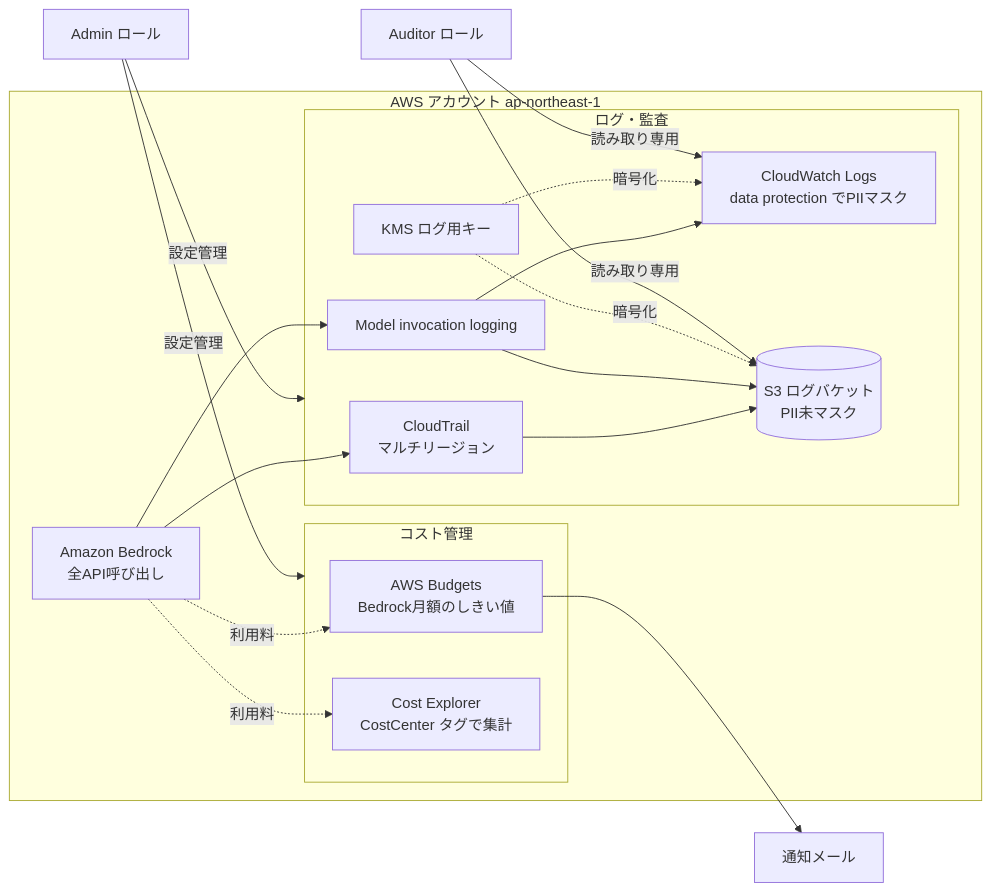
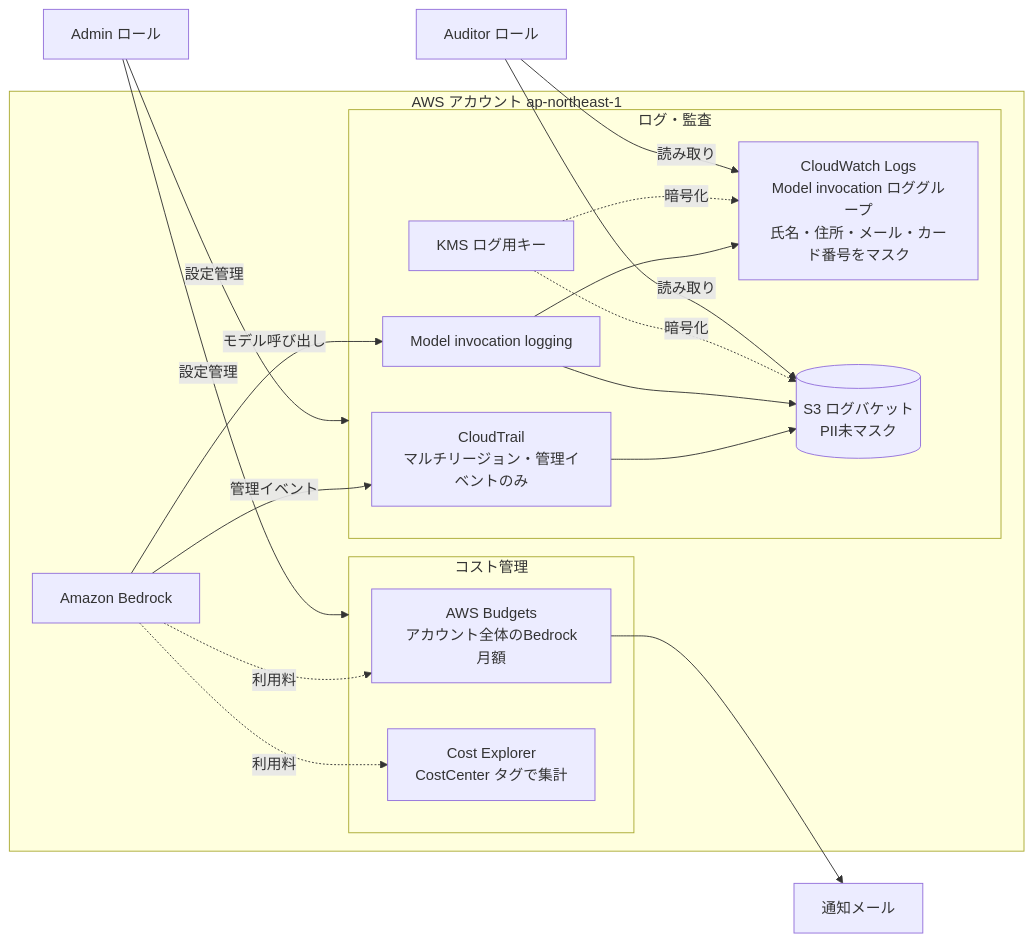
One commit to poco-poco-takyafumin/aws-try-bedrock changed the second of 2 diagrams in docs/01-internal-rag-chatbot/requirements.md. Above: the diagram before and after it, drawn with Mermaid. The commit also changed other lines of this file, not shown here.

First line of the commit message:
docs(01-internal-rag-chatbot): 構成図をコードとの突き合わせ結果に合わせて修正

````diff
--- a/docs/01-internal-rag-chatbot/requirements.md
+++ b/docs/01-internal-rag-chatbot/requirements.md
@@ -120,37 +121,37 @@
 ```mermaid
 flowchart LR
     subgraph aws["AWS アカウント ap-northeast-1"]
-        bedrock["Amazon Bedrock<br/>全API呼び出し"]
+        bedrock["Amazon Bedrock"]
 
         subgraph obs["ログ・監査"]
-            trail["CloudTrail<br/>マルチリージョン"]
+            trail["CloudTrail<br/>マルチリージョン・管理イベントのみ"]
             invlog["Model invocation logging"]
-            cwl["CloudWatch Logs<br/>data protection でPIIマスク"]
+            cwl["CloudWatch Logs<br/>Model invocation ロググループ<br/>氏名・住所・メール・カード番号をマスク"]
             logs3[("S3 ログバケット<br/>PII未マスク")]
             kmslogs["KMS ログ用キー"]
         end
 
         subgraph cost["コスト管理"]
-            budget["AWS Budgets<br/>Bedrock月額のしきい値"]
+            budget["AWS Budgets<br/>アカウント全体のBedrock月額"]
             ce["Cost Explorer<br/>CostCenter タグで集計"]
         end
     end
 
     auditor["Auditor ロール"]
     admin["Admin ロール"]
     mail["通知メール"]
 
-    bedrock --> trail --> logs3
-    bedrock --> invlog
+    bedrock -->|管理イベント| trail --> logs3
+    bedrock -->|モデル呼び出し| invlog
     invlog --> cwl
     invlog --> logs3
     kmslogs -.->|暗号化| logs3
     kmslogs -.->|暗号化| cwl
     bedrock -.->|利用料| budget --> mail
     bedrock -.->|利用料| ce
 
-    auditor -->|読み取り専用| logs3
-    auditor -->|読み取り専用| cwl
+    auditor -->|読み取り| logs3
+    auditor -->|読み取り| cwl
     admin -->|設定管理| obs
     admin -->|設定管理| cost
 ```
````
